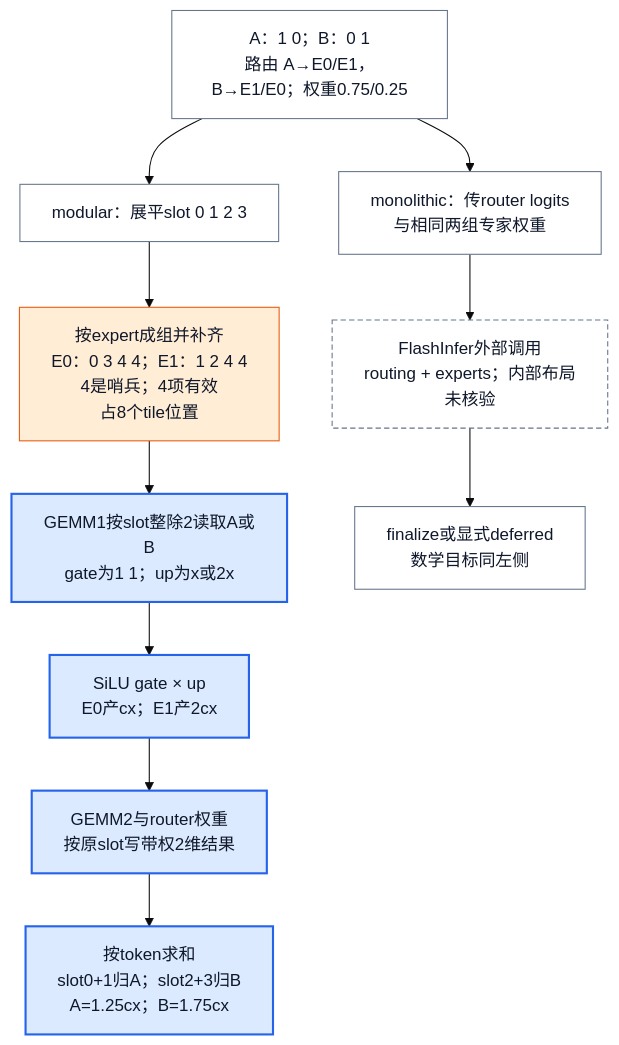
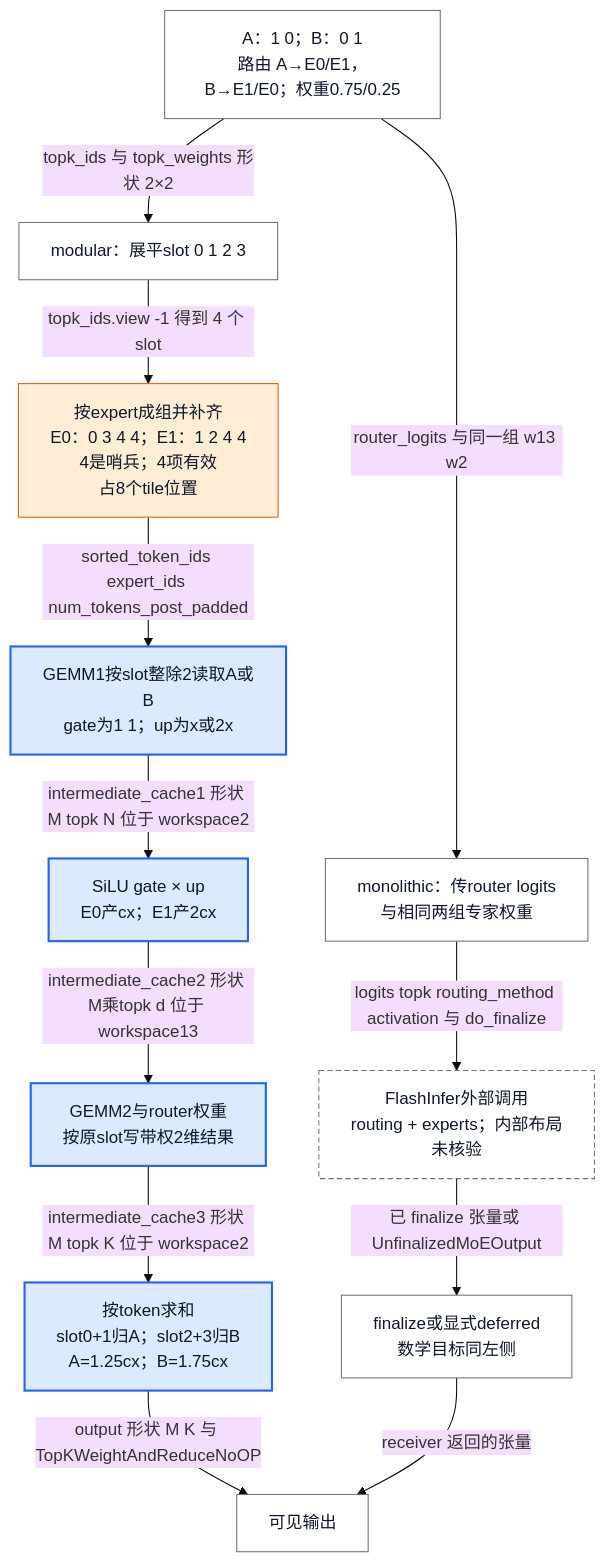
The third of 3 diagrams in wiki/02_engineering/03_infer_frameworks/vllm/20_vllm_fused_ops_and_kernels_analysis.md (suhaibo666/llm-knowledge), drawn with Mermaid (base theme) before and after one commit. The commit also changed other lines of this file and 89 other files, not shown here.

````diff
--- a/wiki/02_engineering/03_infer_frameworks/vllm/20_vllm_fused_ops_and_kernels_analysis.md
+++ b/wiki/02_engineering/03_infer_frameworks/vllm/20_vllm_fused_ops_and_kernels_analysis.md
@@ -168,21 +500,23 @@
 ```mermaid
 flowchart TB
     I["A：1 0；B：0 1<br/>路由 A→E0/E1，B→E1/E0；权重0.75/0.25"]
-    I --> R["modular：展平slot 0 1 2 3"]
-    R --> P["按expert成组并补齐<br/>E0：0 3 4 4；E1：1 2 4 4<br/>4是哨兵；4项有效<br/>占8个tile位置"]
-    P --> G1["GEMM1按slot整除2读取A或B<br/>gate为1 1；up为x或2x"]
-    G1 --> AC["SiLU gate × up<br/>E0产cx；E1产2cx"]
-    AC --> G2["GEMM2与router权重<br/>按原slot写带权2维结果"]
-    G2 --> SU["按token求和<br/>slot0+1归A；slot2+3归B<br/>A=1.25cx；B=1.75cx"]
-    I --> L["monolithic：传router logits<br/>与相同两组专家权重"]
-    L --> EX["FlashInfer外部调用<br/>routing + experts；内部布局未核验"]
-    EX --> FI["finalize或显式deferred<br/>数学目标同左侧"]
+    I -->|topk_ids 与 topk_weights 形状 2×2| R["modular：展平slot 0 1 2 3"]
+    R -->|topk_ids.view -1 得到 4 个 slot| P["按expert成组并补齐<br/>E0：0 3 4 4；E1：1 2 4 4<br/>4是哨兵；4项有效<br/>占8个tile位置"]
+    P -->|sorted_token_ids expert_ids num_tokens_post_padded| G1["GEMM1按slot整除2读取A或B<br/>gate为1 1；up为x或2x"]
+    G1 -->|intermediate_cache1 形状 M topk N 位于 workspace2| AC["SiLU gate × up<br/>E0产cx；E1产2cx"]
+    AC -->|intermediate_cache2 形状 M乘topk d 位于 workspace13| G2["GEMM2与router权重<br/>按原slot写带权2维结果"]
+    G2 -->|intermediate_cache3 形状 M topk K 位于 workspace2| SU["按token求和<br/>slot0+1归A；slot2+3归B<br/>A=1.25cx；B=1.75cx"]
+    SU -->|output 形状 M K 与 TopKWeightAndReduceNoOP| OUT["可见输出"]
+    I -->|router_logits 与同一组 w13 w2| L["monolithic：传router logits<br/>与相同两组专家权重"]
+    L -->|logits topk routing_method activation 与 do_finalize| EX["FlashInfer外部调用<br/>routing + experts；内部布局未核验"]
+    EX -->|已 finalize 张量或 UnfinalizedMoEOutput| FI["finalize或显式deferred<br/>数学目标同左侧"]
+    FI -->|receiver 返回的张量| OUT
     classDef neutral fill:#ffffff,stroke:#64748b,color:#0f172a
     classDef acc1 fill:#dbeafe,stroke:#2563eb,color:#0f172a,stroke-width:2px
     classDef acc2 fill:#ffedd5,stroke:#ea580c,color:#0f172a
     classDef external fill:#ffffff,stroke:#64748b,color:#0f172a,stroke-dasharray:5 3
-    class I,R,L,FI neutral
+    class I,R,L,FI,OUT neutral
     class G1,AC,G2,SU acc1
     class P acc2
     class EX external
 ```
````
